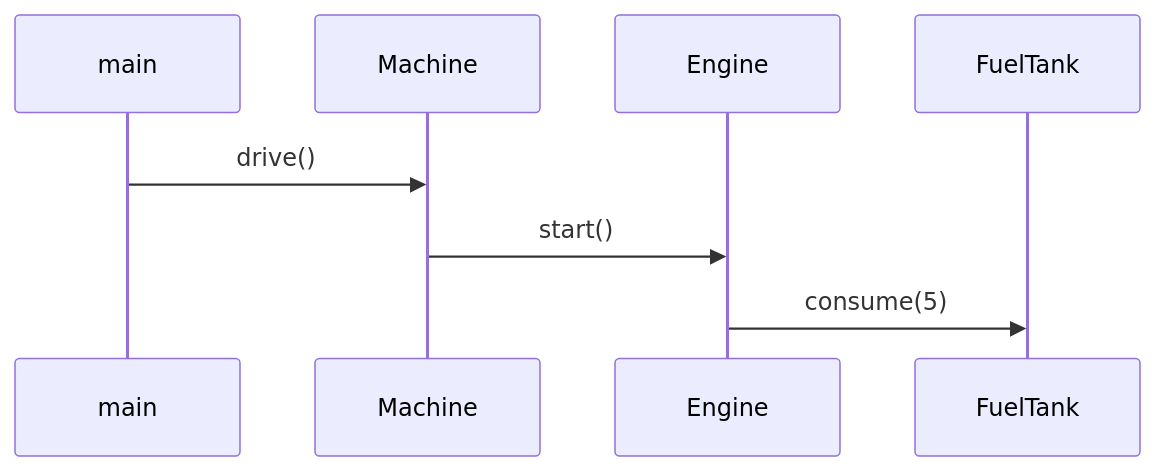
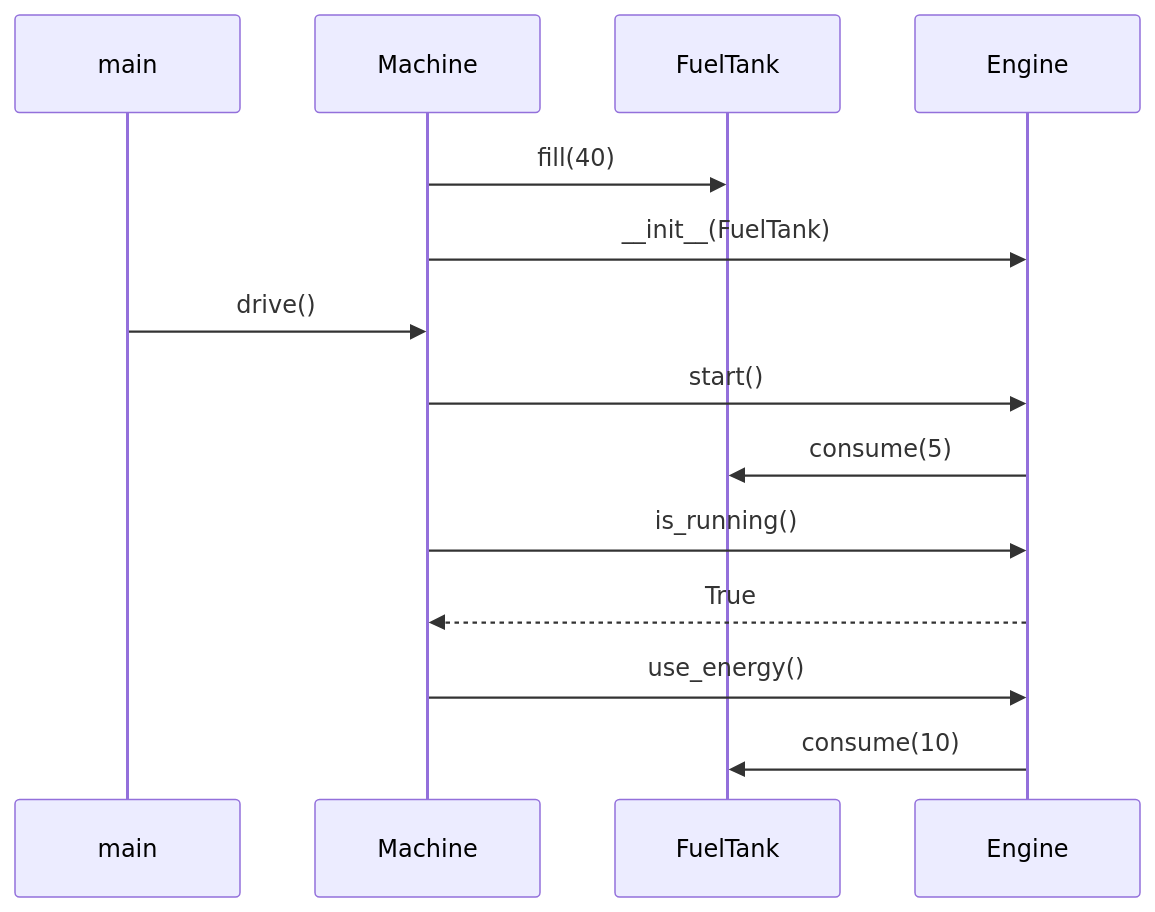
One commit to ThomasGrundstrom/ot-harjoitustyo changed the diagram in laskarit/viikko3/sekvenssikaavio.md. Above: the diagram before and after it, drawn with Mermaid.

Commit message:
viikko3 tehtävä3 test2

````diff
--- a/laskarit/viikko3/sekvenssikaavio.md
+++ b/laskarit/viikko3/sekvenssikaavio.md
@@ -1,6 +1,16 @@
 ```mermaid
  sequenceDiagram
+	participant main
+	participant Machine
+	participant FuelTank
+	Machine->>FuelTank: fill(40)
+	participant Engine
+	Machine->>Engine: __init__(FuelTank)
 	main->>Machine: drive()
 	Machine->>Engine: start()
 	Engine->>FuelTank: consume(5)
+	Machine->>Engine: is_running()
+	Engine-->>Machine: True
+	Machine->>Engine: use_energy()
+	Engine->>FuelTank: consume(10)
 ```
````
